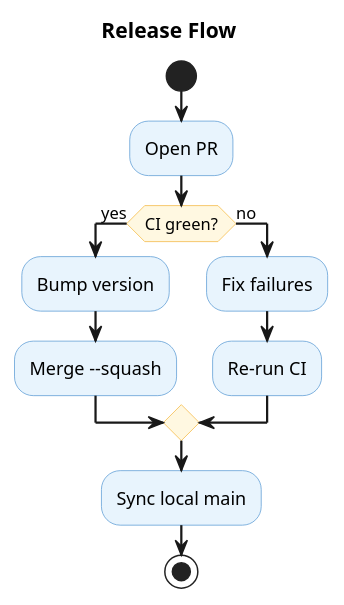
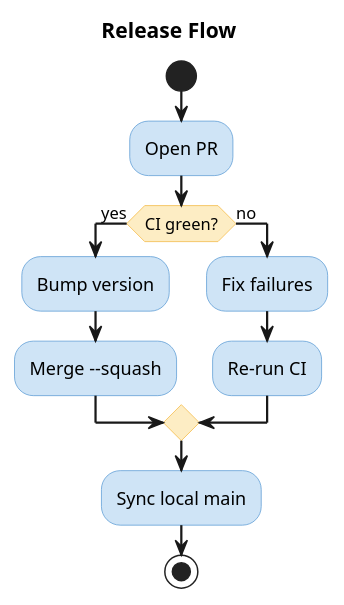
Before and after one commit to artem-from-ua/claude-plugins: the first of 2 diagrams in plugins/plantuml/skills/plantuml-diagram-guide/references/styling.md, drawn with PlantUML. The commit also changed other lines of this file and 4 other files, not shown here.

First line of the commit message:
feat(plantuml): style legends with skinparams, darken palette fills

````diff
--- a/plugins/plantuml/skills/plantuml-diagram-guide/references/styling.md
+++ b/plugins/plantuml/skills/plantuml-diagram-guide/references/styling.md
@@ -21,22 +21,22 @@
 ```plantuml
 @startuml
 title Release Flow
 skinparam ArrowThickness 1.5
-skinparam ActivityBackgroundColor #E8F4FD
+skinparam ActivityBackgroundColor #CFE4F6
 skinparam ActivityBorderColor #5B9BD5
-skinparam ActivityDiamondBackgroundColor #FFF8E1
+skinparam ActivityDiamondBackgroundColor #FDEDC4
 skinparam ActivityDiamondBorderColor #F4B942
 
 start
 :Open PR;
 if (CI green?) then (yes)
   :Bump version;
   :Merge --squash;
 else (no)
   :Fix failures;
   :Re-run CI;
 endif
 :Sync local main;
 stop
 @enduml
 ```
````
